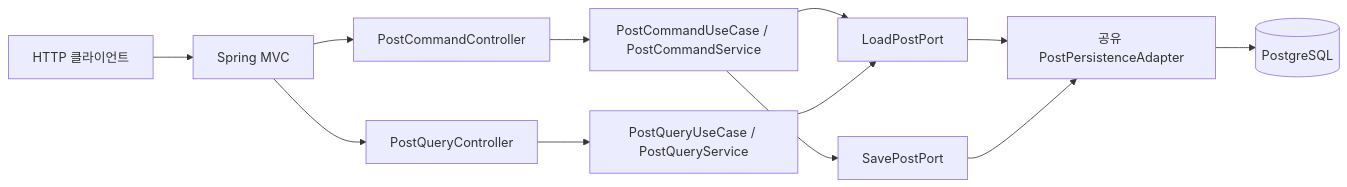
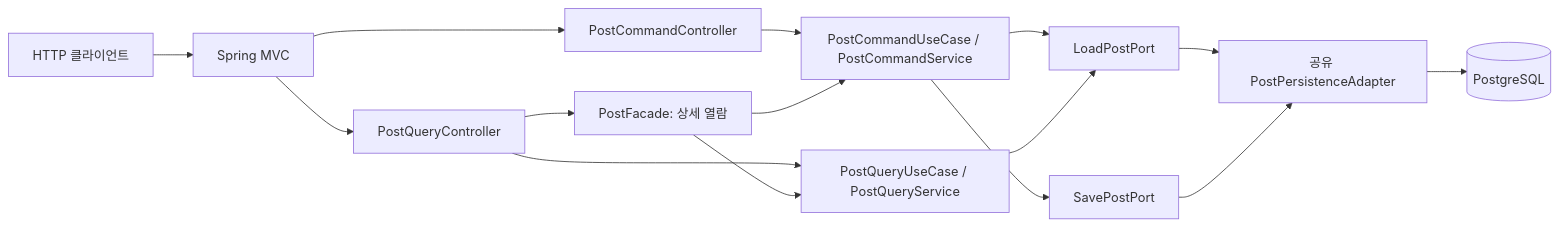
One commit to 39-play-sopt-server/haemin.yoon changed the diagram in docs/architecture.md. Above: the diagram before and after it, drawn with Mermaid. The commit also changed other lines of this file and 2 other files, not shown here.

````diff
--- a/docs/architecture.md
+++ b/docs/architecture.md
@@ -28,14 +29,17 @@
 ```mermaid
 flowchart LR
     HTTP[HTTP 클라이언트] --> MVC[Spring MVC]
     MVC --> CC[PostCommandController]
     MVC --> QC[PostQueryController]
     CC --> CS[PostCommandUseCase / PostCommandService]
     QC --> QS[PostQueryUseCase / PostQueryService]
+    QC --> PF[PostFacade: 상세 열람]
+    PF --> CS
+    PF --> QS
     CS --> Load[LoadPostPort]
     CS --> Save[SavePostPort]
     QS --> Load
     Load --> Repo[공유 PostPersistenceAdapter]
     Save --> Repo
     Repo --> DB[(PostgreSQL)]
 ```
````
